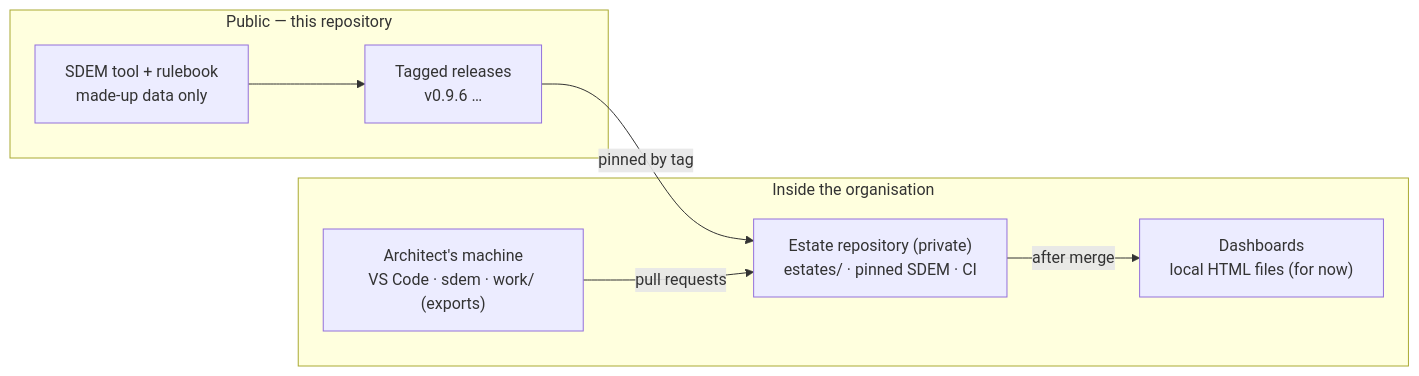
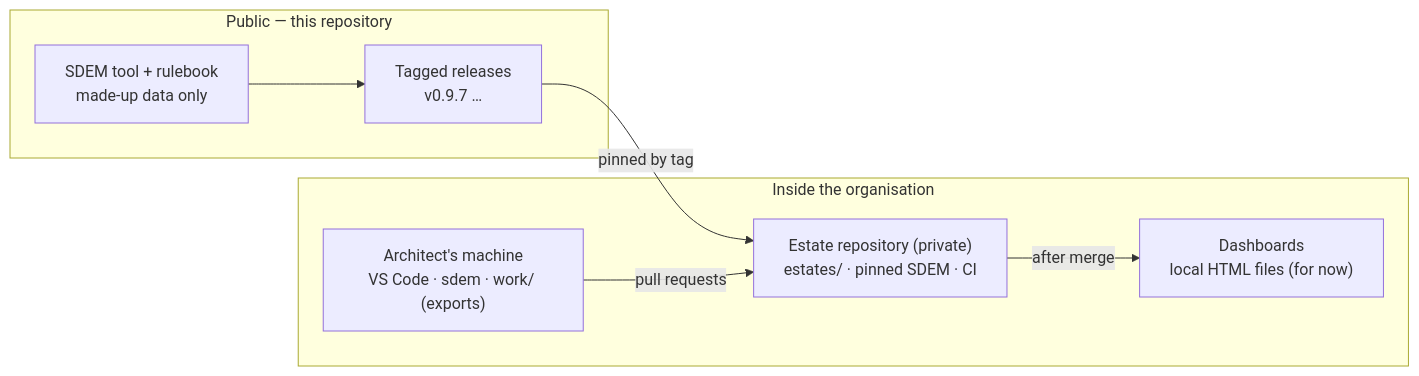
One commit to taumoeps/bian-sdem-framework changed the diagram in docs/sdem-operating-model.md. Above: the diagram before and after it, drawn with Mermaid. The commit also changed other lines of this file and 24 other files, not shown here.

Commit message:
v0.9.7 — organisation-neutral wording: "any organisation", not "any bank", in the licence, terms and guides; no exclusivity stated; disclaimer names BIAN, The Open Group or any other organisation; "bank" kept only where factual (BIAN, the made-up example); release preparation

````diff
--- a/docs/sdem-operating-model.md
+++ b/docs/sdem-operating-model.md
@@ -7,14 +7,14 @@
 ```mermaid
 flowchart LR
     subgraph PUB["Public — this repository"]
-      T["SDEM tool + rulebook<br/>made-up data only"] --> REL["Tagged releases<br/>v0.9.6 …"]
+      T["SDEM tool + rulebook<br/>made-up data only"] --> REL["Tagged releases<br/>v0.9.7 …"]
     end
     subgraph ORG["Inside the organisation"]
       ER["Estate repository (private)<br/>estates/ · pinned SDEM · CI"]
       WS["Architect's machine<br/>VS Code · sdem · work/ (exports)"]
       H["Dashboards<br/>local HTML files (for now)"]
     end
     REL -- "pinned by tag" --> ER
     WS -- "pull requests" --> ER
     ER -- "after merge" --> H
 ```
````
